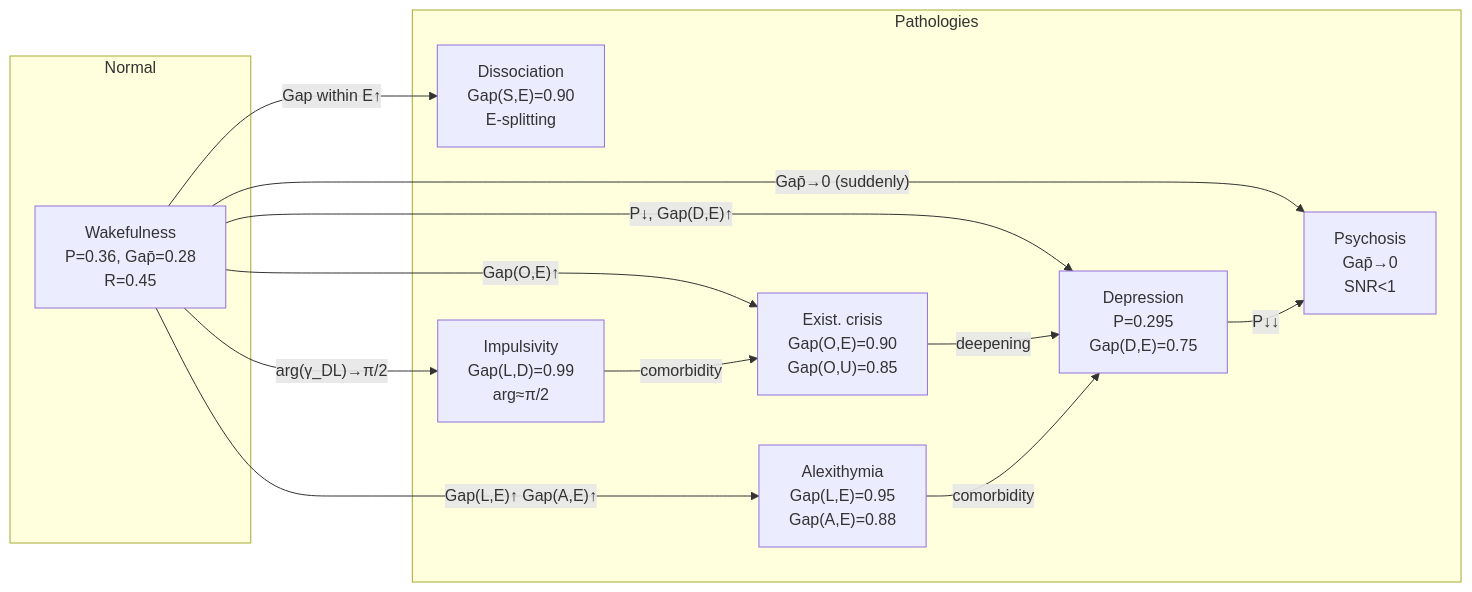
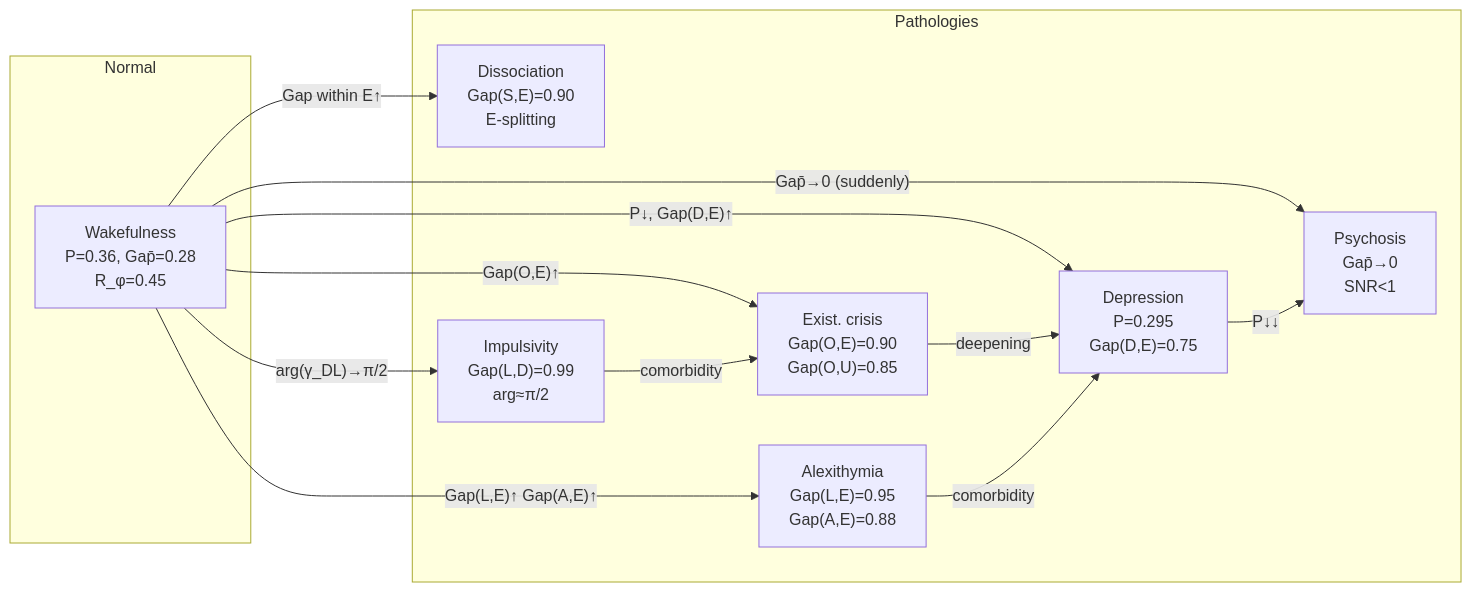
The second of 2 diagrams in website/docs/consciousness/states/pathological.md (gst-st/uhm), drawn with Mermaid before and after one commit. The commit also changed other lines of this file and 55 other files, not shown here.

````diff
--- a/website/docs/consciousness/states/pathological.md
+++ b/website/docs/consciousness/states/pathological.md
@@ -593,25 +593,25 @@
 ```mermaid
 graph LR
     subgraph NORM["Normal"]
-        N["Wakefulness<br/>P=0.36, Gap̄=0.28<br/>R=0.45"]
+        N["Wakefulness<br/>P=0.36, Gap̄=0.28<br/>R_φ=0.45"]
     end
     subgraph PAT["Pathologies"]
         AL["Alexithymia<br/>Gap(L,E)=0.95<br/>Gap(A,E)=0.88"]
         DIS["Dissociation<br/>Gap(S,E)=0.90<br/>E-splitting"]
         IMP["Impulsivity<br/>Gap(L,D)=0.99<br/>arg≈π/2"]
         EX["Exist. crisis<br/>Gap(O,E)=0.90<br/>Gap(O,U)=0.85"]
         DEP["Depression<br/>P=0.295<br/>Gap(D,E)=0.75"]
         PSY["Psychosis<br/>Gap̄→0<br/>SNR<1"]
     end
 
     N -->|"Gap(L,E)↑ Gap(A,E)↑"| AL
     N -->|"Gap within E↑"| DIS
     N -->|"arg(γ_DL)→π/2"| IMP
     N -->|"Gap(O,E)↑"| EX
     N -->|"P↓, Gap(D,E)↑"| DEP
     N -->|"Gap̄→0 (suddenly)"| PSY
     DEP -->|"P↓↓"| PSY
     EX -->|"deepening"| DEP
     AL -->|"comorbidity"| DEP
     IMP -->|"comorbidity"| EX
 ```
````
